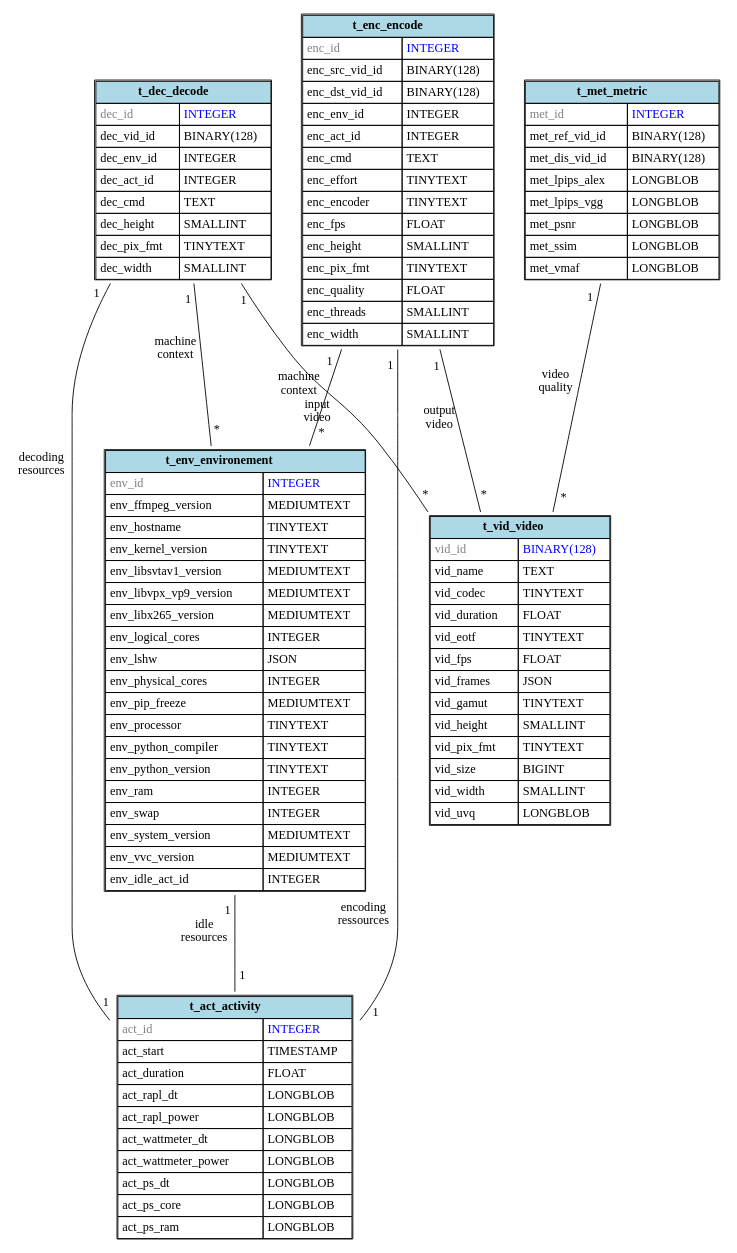
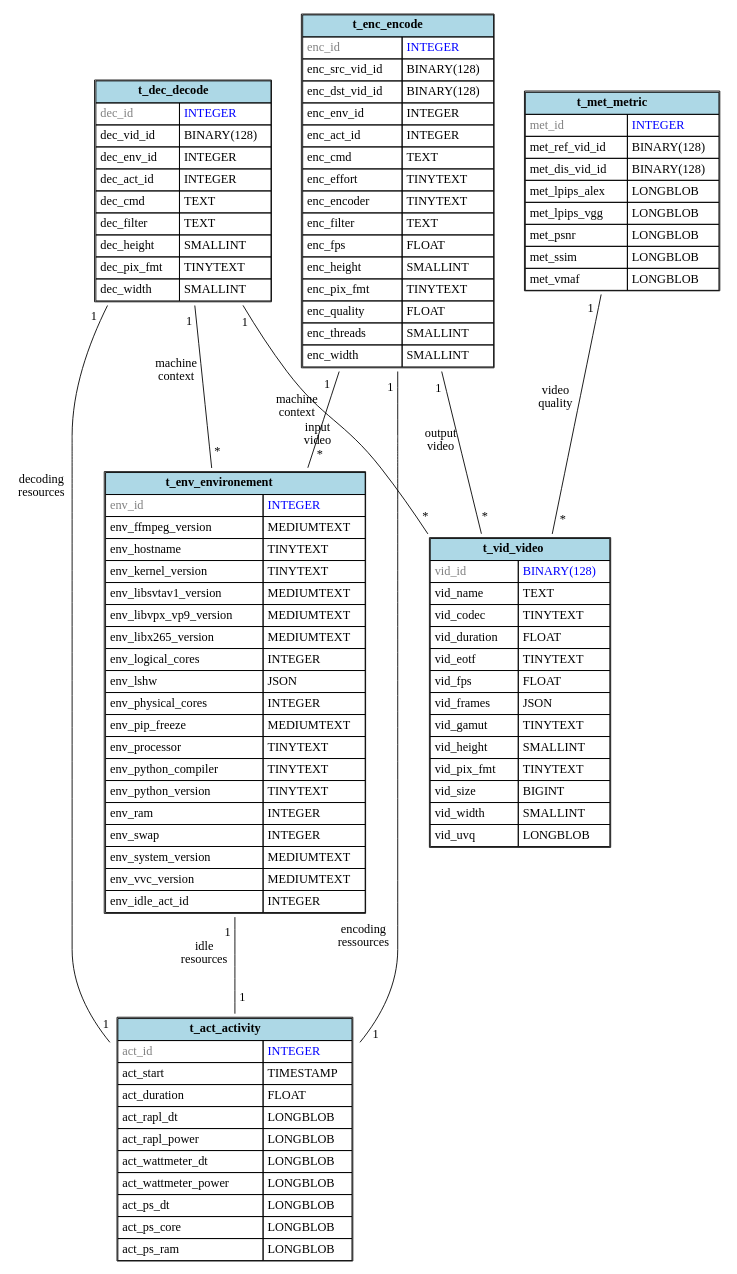
The diagram in docs/images/database.dot (robinechuca/mendevi), drawn with Graphviz before and after one commit. The commit also changed 7 other files, not shown here.

```diff
--- a/docs/images/database.dot
+++ b/docs/images/database.dot
@@ -1,126 +1,128 @@
 # dot -Tsvg database.dot > database.svg
 graph database {
   node [shape=plaintext]
   t_act_activity [
     label=<
       <TABLE BORDER="1" CELLBORDER="1" CELLSPACING="0" CELLPADDING="4">
         <TR><TD COLSPAN="2" BGCOLOR="lightblue"><B>t_act_activity</B></TD></TR>
         <TR><TD ALIGN="LEFT"><FONT COLOR="gray">act_id</FONT></TD><TD ALIGN="LEFT"><FONT COLOR="blue">INTEGER</FONT></TD></TR>
         <TR><TD ALIGN="LEFT">act_start</TD><TD ALIGN="LEFT">TIMESTAMP</TD></TR>
         <TR><TD ALIGN="LEFT">act_duration</TD><TD ALIGN="LEFT">FLOAT</TD></TR>
         <TR><TD ALIGN="LEFT">act_rapl_dt</TD><TD ALIGN="LEFT">LONGBLOB</TD></TR>
         <TR><TD ALIGN="LEFT">act_rapl_power</TD><TD ALIGN="LEFT">LONGBLOB</TD></TR>
         <TR><TD ALIGN="LEFT">act_wattmeter_dt</TD><TD ALIGN="LEFT">LONGBLOB</TD></TR>
         <TR><TD ALIGN="LEFT">act_wattmeter_power</TD><TD ALIGN="LEFT">LONGBLOB</TD></TR>
         <TR><TD ALIGN="LEFT">act_ps_dt</TD><TD ALIGN="LEFT">LONGBLOB</TD></TR>
         <TR><TD ALIGN="LEFT">act_ps_core</TD><TD ALIGN="LEFT">LONGBLOB</TD></TR>
         <TR><TD ALIGN="LEFT">act_ps_ram</TD><TD ALIGN="LEFT">LONGBLOB</TD></TR>
       </TABLE>
     >
   ];
   t_vid_video [
     label=<
       <TABLE BORDER="1" CELLBORDER="1" CELLSPACING="0" CELLPADDING="4">
         <TR><TD COLSPAN="2" BGCOLOR="lightblue"><B>t_vid_video</B></TD></TR>
         <TR><TD ALIGN="LEFT"><FONT COLOR="gray">vid_id</FONT></TD><TD ALIGN="LEFT"><FONT COLOR="blue">BINARY(128)</FONT></TD></TR>
         <TR><TD ALIGN="LEFT">vid_name</TD><TD ALIGN="LEFT">TEXT</TD></TR>
         <TR><TD ALIGN="LEFT">vid_codec</TD><TD ALIGN="LEFT">TINYTEXT</TD></TR>
         <TR><TD ALIGN="LEFT">vid_duration</TD><TD ALIGN="LEFT">FLOAT</TD></TR>
         <TR><TD ALIGN="LEFT">vid_eotf</TD><TD ALIGN="LEFT">TINYTEXT</TD></TR>
         <TR><TD ALIGN="LEFT">vid_fps</TD><TD ALIGN="LEFT">FLOAT</TD></TR>
         <TR><TD ALIGN="LEFT">vid_frames</TD><TD ALIGN="LEFT">JSON</TD></TR>
         <TR><TD ALIGN="LEFT">vid_gamut</TD><TD ALIGN="LEFT">TINYTEXT</TD></TR>
         <TR><TD ALIGN="LEFT">vid_height</TD><TD ALIGN="LEFT">SMALLINT</TD></TR>
         <TR><TD ALIGN="LEFT">vid_pix_fmt</TD><TD ALIGN="LEFT">TINYTEXT</TD></TR>
         <TR><TD ALIGN="LEFT">vid_size</TD><TD ALIGN="LEFT">BIGINT</TD></TR>
         <TR><TD ALIGN="LEFT">vid_width</TD><TD ALIGN="LEFT">SMALLINT</TD></TR>
         <TR><TD ALIGN="LEFT">vid_uvq</TD><TD ALIGN="LEFT">LONGBLOB</TD></TR>
       </TABLE>
     >
   ];
   t_met_metric [
     label=<
       <TABLE BORDER="1" CELLBORDER="1" CELLSPACING="0" CELLPADDING="4">
         <TR><TD COLSPAN="2" BGCOLOR="lightblue"><B>t_met_metric</B></TD></TR>
         <TR><TD ALIGN="LEFT"><FONT COLOR="gray">met_id</FONT></TD><TD ALIGN="LEFT"><FONT COLOR="blue">INTEGER</FONT></TD></TR>
         <TR><TD ALIGN="LEFT">met_ref_vid_id</TD><TD ALIGN="LEFT">BINARY(128)</TD></TR>
         <TR><TD ALIGN="LEFT">met_dis_vid_id</TD><TD ALIGN="LEFT">BINARY(128)</TD></TR>
         <TR><TD ALIGN="LEFT">met_lpips_alex</TD><TD ALIGN="LEFT">LONGBLOB</TD></TR>
         <TR><TD ALIGN="LEFT">met_lpips_vgg</TD><TD ALIGN="LEFT">LONGBLOB</TD></TR>
         <TR><TD ALIGN="LEFT">met_psnr</TD><TD ALIGN="LEFT">LONGBLOB</TD></TR>
         <TR><TD ALIGN="LEFT">met_ssim</TD><TD ALIGN="LEFT">LONGBLOB</TD></TR>
         <TR><TD ALIGN="LEFT">met_vmaf</TD><TD ALIGN="LEFT">LONGBLOB</TD></TR>
       </TABLE>
     >
   ];
   t_env_environement [
     label=<
       <TABLE BORDER="1" CELLBORDER="1" CELLSPACING="0" CELLPADDING="4">
         <TR><TD COLSPAN="2" BGCOLOR="lightblue"><B>t_env_environement</B></TD></TR>
         <TR><TD ALIGN="LEFT"><FONT COLOR="gray">env_id</FONT></TD><TD ALIGN="LEFT"><FONT COLOR="blue">INTEGER</FONT></TD></TR>
         <TR><TD ALIGN="LEFT">env_ffmpeg_version</TD><TD ALIGN="LEFT">MEDIUMTEXT</TD></TR>
         <TR><TD ALIGN="LEFT">env_hostname</TD><TD ALIGN="LEFT">TINYTEXT</TD></TR>
         <TR><TD ALIGN="LEFT">env_kernel_version</TD><TD ALIGN="LEFT">TINYTEXT</TD></TR>
         <TR><TD ALIGN="LEFT">env_libsvtav1_version</TD><TD ALIGN="LEFT">MEDIUMTEXT</TD></TR>
         <TR><TD ALIGN="LEFT">env_libvpx_vp9_version</TD><TD ALIGN="LEFT">MEDIUMTEXT</TD></TR>
         <TR><TD ALIGN="LEFT">env_libx265_version</TD><TD ALIGN="LEFT">MEDIUMTEXT</TD></TR>
         <TR><TD ALIGN="LEFT">env_logical_cores</TD><TD ALIGN="LEFT">INTEGER</TD></TR>
         <TR><TD ALIGN="LEFT">env_lshw</TD><TD ALIGN="LEFT">JSON</TD></TR>
         <TR><TD ALIGN="LEFT">env_physical_cores</TD><TD ALIGN="LEFT">INTEGER</TD></TR>
         <TR><TD ALIGN="LEFT">env_pip_freeze</TD><TD ALIGN="LEFT">MEDIUMTEXT</TD></TR>
         <TR><TD ALIGN="LEFT">env_processor</TD><TD ALIGN="LEFT">TINYTEXT</TD></TR>
         <TR><TD ALIGN="LEFT">env_python_compiler</TD><TD ALIGN="LEFT">TINYTEXT</TD></TR>
         <TR><TD ALIGN="LEFT">env_python_version</TD><TD ALIGN="LEFT">TINYTEXT</TD></TR>
         <TR><TD ALIGN="LEFT">env_ram</TD><TD ALIGN="LEFT">INTEGER</TD></TR>
         <TR><TD ALIGN="LEFT">env_swap</TD><TD ALIGN="LEFT">INTEGER</TD></TR>
         <TR><TD ALIGN="LEFT">env_system_version</TD><TD ALIGN="LEFT">MEDIUMTEXT</TD></TR>
         <TR><TD ALIGN="LEFT">env_vvc_version</TD><TD ALIGN="LEFT">MEDIUMTEXT</TD></TR>
         <TR><TD ALIGN="LEFT">env_idle_act_id</TD><TD ALIGN="LEFT">INTEGER</TD></TR>
       </TABLE>
     >
   ];
   t_dec_decode [
     label=<
       <TABLE BORDER="1" CELLBORDER="1" CELLSPACING="0" CELLPADDING="4">
         <TR><TD COLSPAN="2" BGCOLOR="lightblue"><B>t_dec_decode</B></TD></TR>
         <TR><TD ALIGN="LEFT"><FONT COLOR="gray">dec_id</FONT></TD><TD ALIGN="LEFT"><FONT COLOR="blue">INTEGER</FONT></TD></TR>
         <TR><TD ALIGN="LEFT">dec_vid_id</TD><TD ALIGN="LEFT">BINARY(128)</TD></TR>
         <TR><TD ALIGN="LEFT">dec_env_id</TD><TD ALIGN="LEFT">INTEGER</TD></TR>
         <TR><TD ALIGN="LEFT">dec_act_id</TD><TD ALIGN="LEFT">INTEGER</TD></TR>
         <TR><TD ALIGN="LEFT">dec_cmd</TD><TD ALIGN="LEFT">TEXT</TD></TR>
+        <TR><TD ALIGN="LEFT">dec_filter</TD><TD ALIGN="LEFT">TEXT</TD></TR>
         <TR><TD ALIGN="LEFT">dec_height</TD><TD ALIGN="LEFT">SMALLINT</TD></TR>
         <TR><TD ALIGN="LEFT">dec_pix_fmt</TD><TD ALIGN="LEFT">TINYTEXT</TD></TR>
         <TR><TD ALIGN="LEFT">dec_width</TD><TD ALIGN="LEFT">SMALLINT</TD></TR>
       </TABLE>
     >
   ];
   t_enc_encode [
     label=<
       <TABLE BORDER="1" CELLBORDER="1" CELLSPACING="0" CELLPADDING="4">
         <TR><TD COLSPAN="2" BGCOLOR="lightblue"><B>t_enc_encode</B></TD></TR>
         <TR><TD ALIGN="LEFT"><FONT COLOR="gray">enc_id</FONT></TD><TD ALIGN="LEFT"><FONT COLOR="blue">INTEGER</FONT></TD></TR>
         <TR><TD ALIGN="LEFT">enc_src_vid_id</TD><TD ALIGN="LEFT">BINARY(128)</TD></TR>
         <TR><TD ALIGN="LEFT">enc_dst_vid_id</TD><TD ALIGN="LEFT">BINARY(128)</TD></TR>
         <TR><TD ALIGN="LEFT">enc_env_id</TD><TD ALIGN="LEFT">INTEGER</TD></TR>
         <TR><TD ALIGN="LEFT">enc_act_id</TD><TD ALIGN="LEFT">INTEGER</TD></TR>
         <TR><TD ALIGN="LEFT">enc_cmd</TD><TD ALIGN="LEFT">TEXT</TD></TR>
         <TR><TD ALIGN="LEFT">enc_effort</TD><TD ALIGN="LEFT">TINYTEXT</TD></TR>
         <TR><TD ALIGN="LEFT">enc_encoder</TD><TD ALIGN="LEFT">TINYTEXT</TD></TR>
+        <TR><TD ALIGN="LEFT">enc_filter</TD><TD ALIGN="LEFT">TEXT</TD></TR>
         <TR><TD ALIGN="LEFT">enc_fps</TD><TD ALIGN="LEFT">FLOAT</TD></TR>
         <TR><TD ALIGN="LEFT">enc_height</TD><TD ALIGN="LEFT">SMALLINT</TD></TR>
         <TR><TD ALIGN="LEFT">enc_pix_fmt</TD><TD ALIGN="LEFT">TINYTEXT</TD></TR>
         <TR><TD ALIGN="LEFT">enc_quality</TD><TD ALIGN="LEFT">FLOAT</TD></TR>
         <TR><TD ALIGN="LEFT">enc_threads</TD><TD ALIGN="LEFT">SMALLINT</TD></TR>
         <TR><TD ALIGN="LEFT">enc_width</TD><TD ALIGN="LEFT">SMALLINT</TD></TR>
       </TABLE>
     >
   ];
   t_enc_encode -- t_act_activity [minlen=3, taillabel="1", headlabel="1", xlabel="encoding\nressources", labeldistance=2.0]
   t_enc_encode -- t_env_environement [minlen=3, taillabel="1", headlabel="*", xlabel="machine\ncontext", labeldistance=2.0]
   t_enc_encode -- t_vid_video [minlen=3, taillabel="1", headlabel="*", xlabel="output\nvideo", labeldistance=2.0]
   t_met_metric -- t_vid_video [minlen=3, taillabel="1", headlabel="*", xlabel="video\nquality", labeldistance=2.0]
   t_dec_decode -- t_act_activity [minlen=3, taillabel="1", headlabel="1", xlabel="decoding\nresources", labeldistance=2.0]
   t_dec_decode -- t_env_environement [minlen=3, taillabel="1", headlabel="*", xlabel="machine\ncontext", labeldistance=2.0]
   t_dec_decode -- t_vid_video [minlen=3, taillabel="1", headlabel="*", xlabel="input\nvideo", labeldistance=2.0]
   t_env_environement -- t_act_activity [minlen=3, taillabel="1", headlabel="1", xlabel="idle\nresources", labeldistance=2.0]
 }
```
